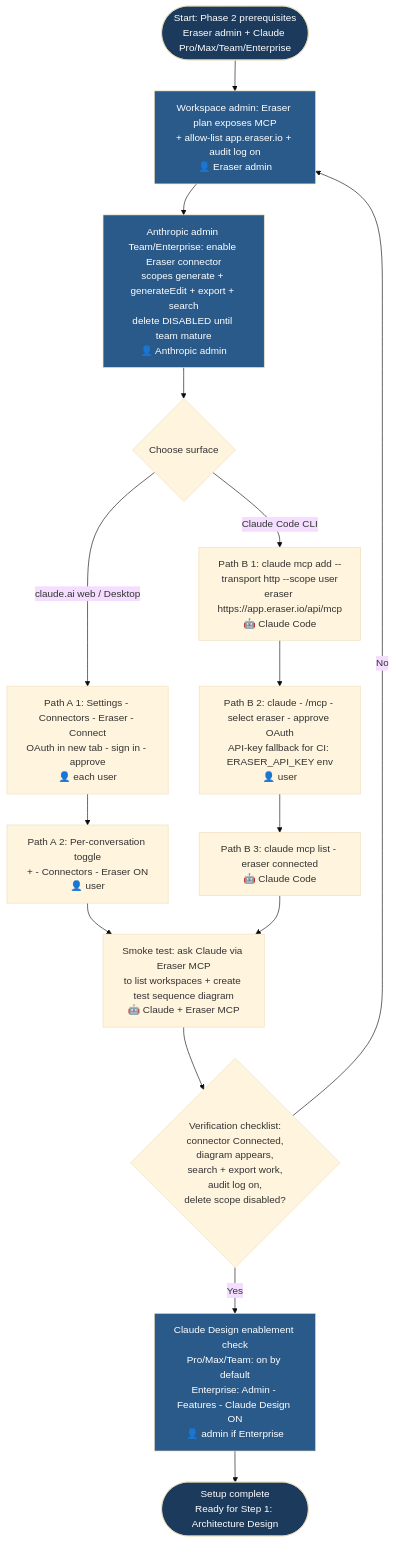
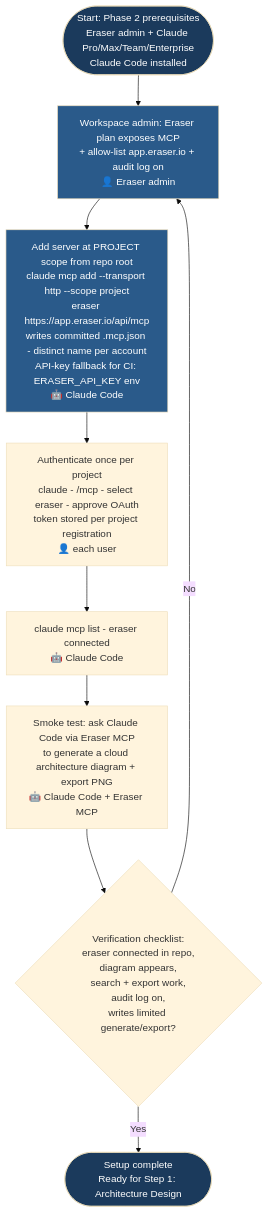
The first of 6 diagrams in aidlc-phases/02-system-design/FLOWCHART.md (kalpat-allion/ai-dlc), drawn with Mermaid (base theme) before and after one commit. The commit also changed other lines of this file and 25 other files, not shown here.

Commit message:
project scoped mcp

````diff
--- a/aidlc-phases/02-system-design/FLOWCHART.md
+++ b/aidlc-phases/02-system-design/FLOWCHART.md
@@ -62,37 +62,27 @@
 ```mermaid
 flowchart TD
-    S0_START([Start: Phase 2 prerequisites<br/>Eraser admin + Claude Pro/Max/Team/Enterprise]) --> S0_ADMIN
+    S0_START([Start: Phase 2 prerequisites<br/>Eraser admin + Claude Pro/Max/Team/Enterprise<br/>Claude Code installed]) --> S0_ADMIN
 
     S0_ADMIN[Workspace admin: Eraser plan exposes MCP<br/>+ allow-list app.eraser.io + audit log on<br/>👤 Eraser admin]
-    S0_ADMIN --> S0_ANTH
+    S0_ADMIN --> S0_ADD
 
-    S0_ANTH[Anthropic admin Team/Enterprise: enable Eraser connector<br/>scopes generate + generateEdit + export + search<br/>delete DISABLED until team mature<br/>👤 Anthropic admin]
-    S0_ANTH --> S0_PATH{Choose surface}
+    S0_ADD[Add server at PROJECT scope from repo root<br/>claude mcp add --transport http --scope project<br/>eraser https://app.eraser.io/api/mcp<br/>writes committed .mcp.json - distinct name per account<br/>API-key fallback for CI: ERASER_API_KEY env<br/>🤖 Claude Code]
+    S0_ADD --> S0_AUTH
 
-    S0_PATH -- claude.ai web / Desktop --> S0_A1
-    S0_PATH -- Claude Code CLI --> S0_B1
+    S0_AUTH[Authenticate once per project<br/>claude - /mcp - select eraser - approve OAuth<br/>token stored per project registration<br/>👤 each user]
+    S0_AUTH --> S0_VER
 
-    S0_A1[Path A 1: Settings - Connectors - Eraser - Connect<br/>OAuth in new tab - sign in - approve<br/>👤 each user]
-    S0_A1 --> S0_A2[Path A 2: Per-conversation toggle<br/>+ - Connectors - Eraser ON<br/>👤 user]
-    S0_A2 --> S0_TEST
+    S0_VER[claude mcp list - eraser connected<br/>🤖 Claude Code]
+    S0_VER --> S0_TEST
 
-    S0_B1[Path B 1: claude mcp add --transport http --scope user<br/>eraser https://app.eraser.io/api/mcp<br/>🤖 Claude Code]
-    S0_B1 --> S0_B2[Path B 2: claude - /mcp - select eraser - approve OAuth<br/>API-key fallback for CI: ERASER_API_KEY env<br/>👤 user]
-    S0_B2 --> S0_B3[Path B 3: claude mcp list - eraser connected<br/>🤖 Claude Code]
-    S0_B3 --> S0_TEST
-
-    S0_TEST[Smoke test: ask Claude via Eraser MCP<br/>to list workspaces + create test sequence diagram<br/>🤖 Claude + Eraser MCP]
-    S0_TEST --> S0_VERIFY{Verification checklist:<br/>connector Connected,<br/>diagram appears,<br/>search + export work,<br/>audit log on,<br/>delete scope disabled?}
+    S0_TEST[Smoke test: ask Claude Code via Eraser MCP<br/>to generate a cloud architecture diagram + export PNG<br/>🤖 Claude Code + Eraser MCP]
+    S0_TEST --> S0_VERIFY{Verification checklist:<br/>eraser connected in repo,<br/>diagram appears,<br/>search + export work,<br/>audit log on,<br/>writes limited generate/export?}
 
     S0_VERIFY -- No --> S0_ADMIN
-    S0_VERIFY -- Yes --> S0_CD
-
-    S0_CD[Claude Design enablement check<br/>Pro/Max/Team: on by default<br/>Enterprise: Admin - Features - Claude Design ON<br/>👤 admin if Enterprise]
-    S0_CD --> S0_END([Setup complete<br/>Ready for Step 1: Architecture Design])
+    S0_VERIFY -- Yes --> S0_END([Setup complete<br/>Ready for Step 1: Architecture Design])
 
     style S0_START fill:#1B3A5C,color:#fff
     style S0_END fill:#1B3A5C,color:#fff
     style S0_ADMIN fill:#2A5A8A,color:#fff
-    style S0_ANTH fill:#2A5A8A,color:#fff
-    style S0_CD fill:#2A5A8A,color:#fff
+    style S0_ADD fill:#2A5A8A,color:#fff
 ```
````
